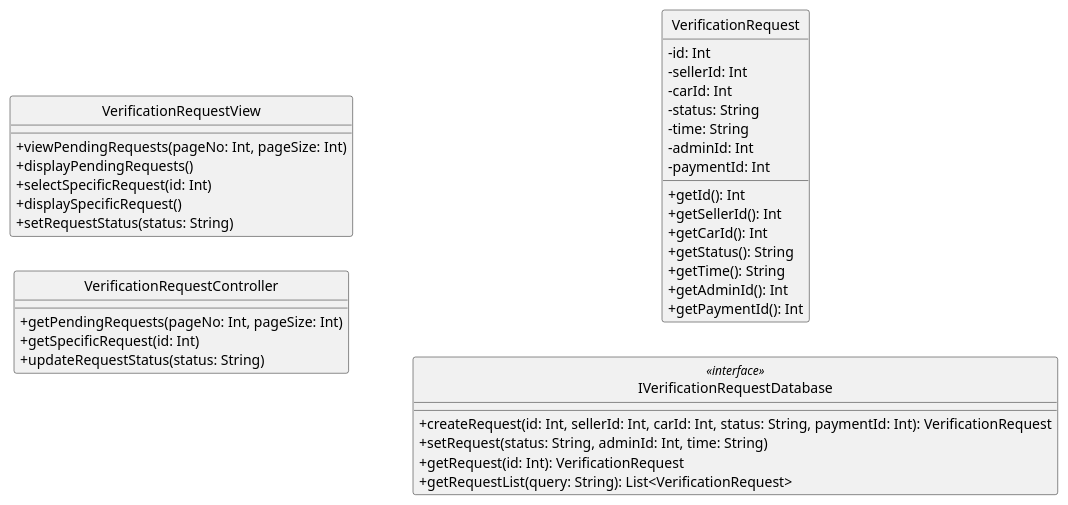
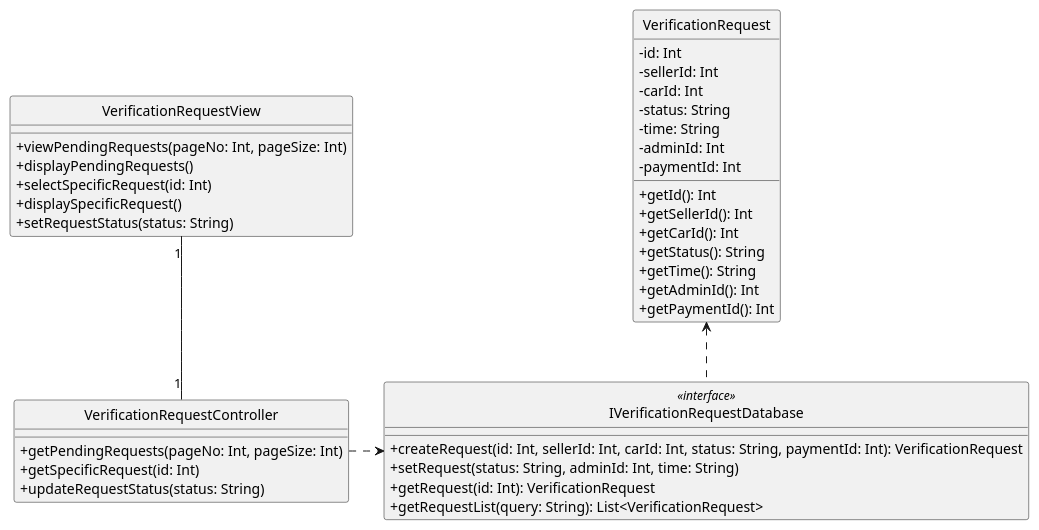
Before and after one commit to anhbanlinhle/velocity-exchange: the diagram in uml/design/class/linh/approve_car_for_auction.puml, drawn with PlantUML. The commit also changed 5 other files, not shown here.

```diff
--- a/uml/design/class/linh/approve_car_for_auction.puml
+++ b/uml/design/class/linh/approve_car_for_auction.puml
@@ -1,48 +1,53 @@
 @startuml 
-left to right direction
 skinparam classAttributeIconSize 0
 skinparam linetype ortho
 hide circle
 class VerificationRequestView {
     + viewPendingRequests(pageNo: Int, pageSize: Int)
     + displayPendingRequests()
     + selectSpecificRequest(id: Int)
     + displaySpecificRequest()
     + setRequestStatus(status: String)
 
     }
 
 class VerificationRequestController  {
     + getPendingRequests(pageNo: Int, pageSize: Int)
     + getSpecificRequest(id: Int)
     + updateRequestStatus(status: String)
 
     }
 
 class VerificationRequest {
     - id: Int
     - sellerId: Int
     - carId: Int
     - status: String
     - time: String
     - adminId: Int
     - paymentId: Int
+
     + getId(): Int
     + getSellerId(): Int
     + getCarId(): Int
     + getStatus(): String
     + getTime(): String
     + getAdminId(): Int
     + getPaymentId(): Int
     }
 
 class IVerificationRequestDatabase <<interface>> {
     + createRequest(id: Int, sellerId: Int, carId: Int, status: String, paymentId: Int): VerificationRequest
     + setRequest(status: String, adminId: Int, time: String)
     + getRequest(id: Int): VerificationRequest
     + getRequestList(query: String): List<VerificationRequest>
     }
 
+VerificationRequestView "1" -- "1" VerificationRequestController
+
+VerificationRequestController ..r> IVerificationRequestDatabase
+
+IVerificationRequestDatabase ..u> VerificationRequest
 
 
 @enduml
```
